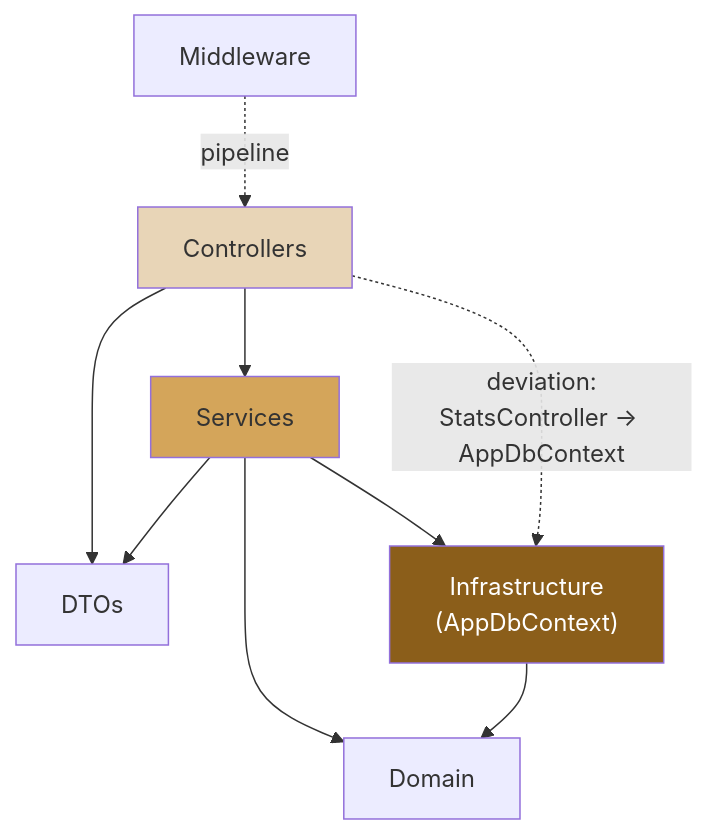
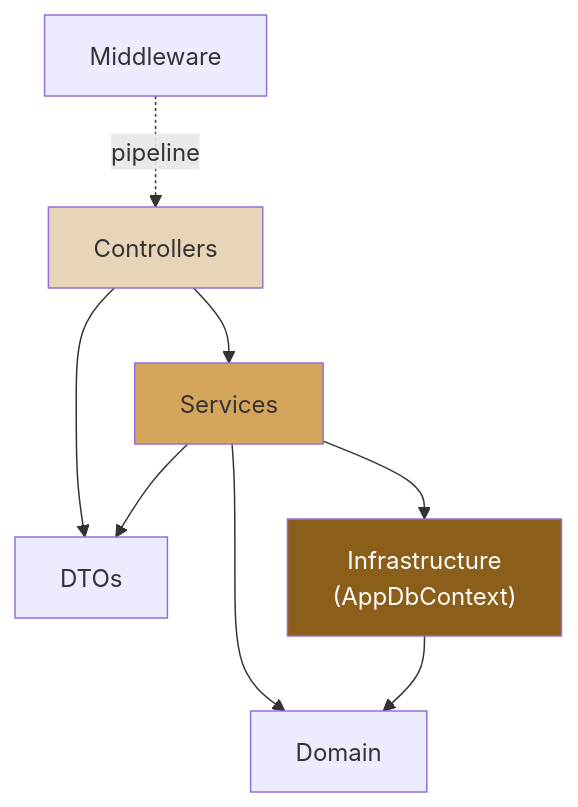
Before and after one commit to Gereon93/coffee: the second of 4 diagrams in doc/arc42/05-building-blocks.md, drawn with Mermaid. The commit also changed other lines of this file and 34 other files, not shown here.

````diff
--- a/doc/arc42/05-building-blocks.md
+++ b/doc/arc42/05-building-blocks.md
@@ -62,15 +66,14 @@
 ```mermaid
 graph TD
     C["Controllers"] --> S["Services"]
     C --> D["DTOs"]
     S --> D
     S --> DOM["Domain"]
     S --> I["Infrastructure<br/>(AppDbContext)"]
     I --> DOM
     M["Middleware"] -.->|pipeline| C
-    C -.->|"deviation:<br/>StatsController → AppDbContext"| I
 
     style C fill:#e8d5b7
     style S fill:#d4a55a
     style I fill:#8b5e1a,color:#fff
 ```
````
